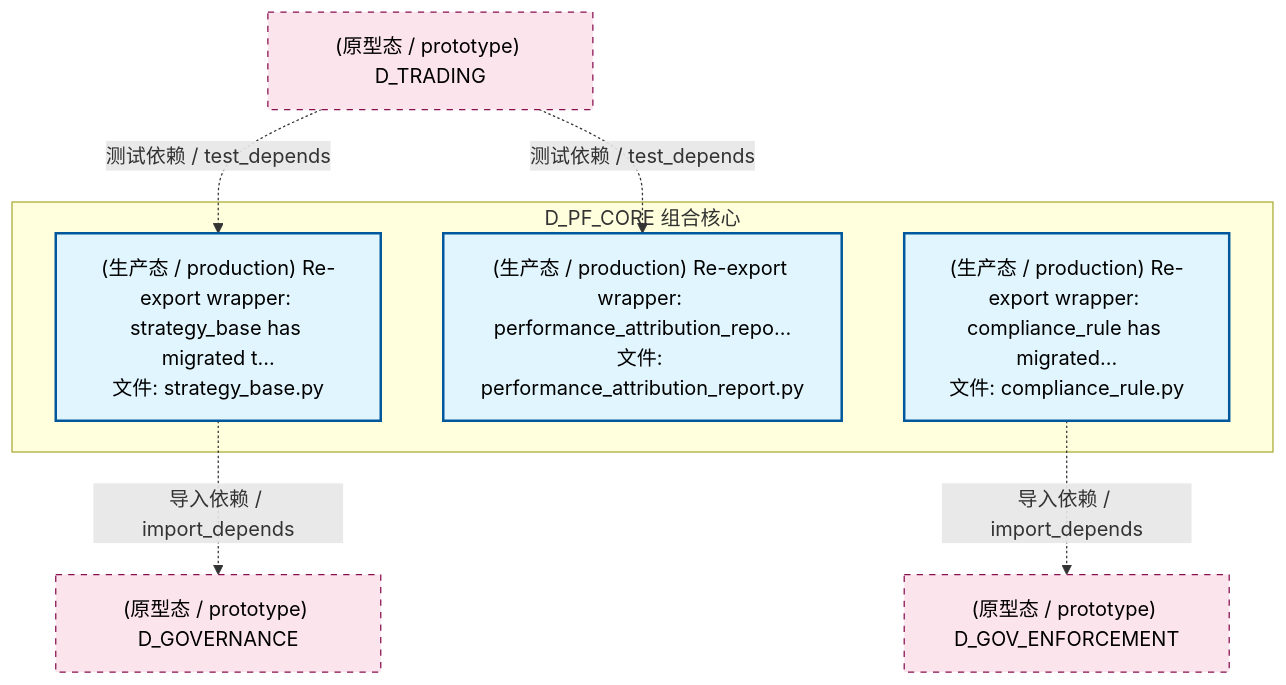
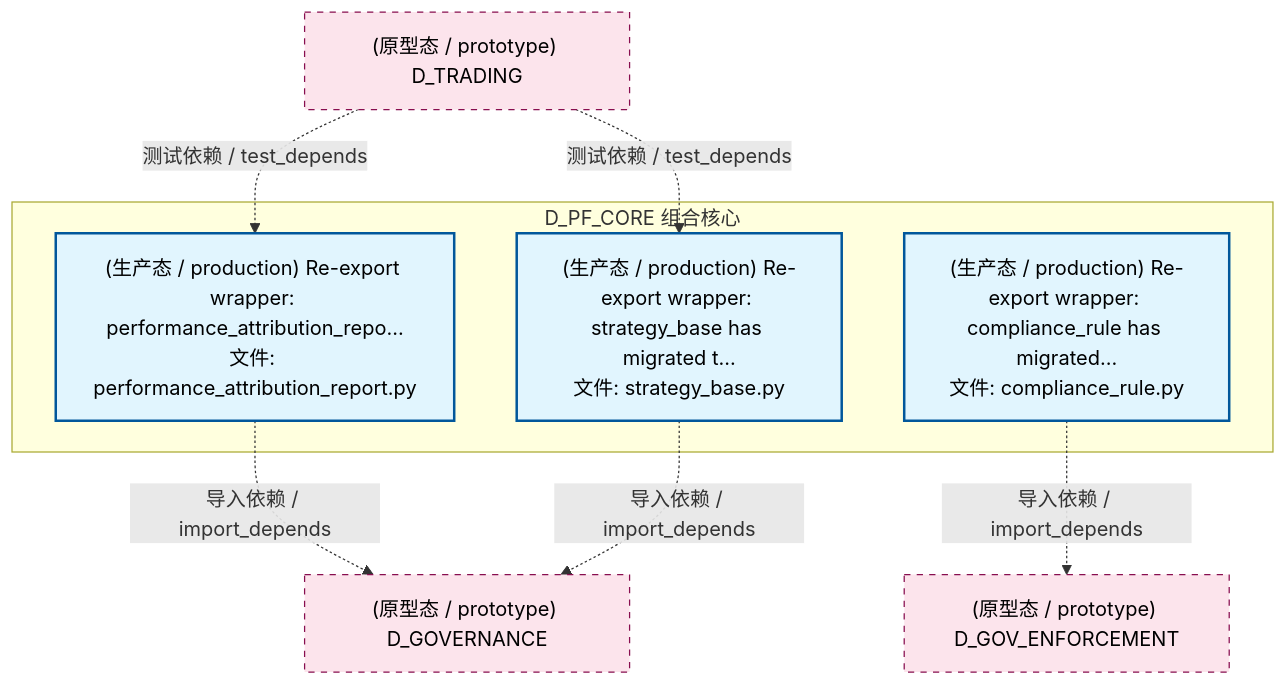
Before and after one commit to xuanFelixVan/ZephyrAlpha: the second of 4 diagrams in docs/02_enterprise_architecture/02_domain_architecture_docs/52_d_pf_core.md, drawn with Mermaid. The commit also changed other lines of this file and 126 other files, not shown here.

````diff
--- a/docs/02_enterprise_architecture/02_domain_architecture_docs/52_d_pf_core.md
+++ b/docs/02_enterprise_architecture/02_domain_architecture_docs/52_d_pf_core.md
@@ -119,21 +120,22 @@
 ```mermaid
 graph TD
     subgraph D_PF_CORE["D_PF_CORE 组合核心"]
         src_zephyr_pf_core_compliance_rule_py["(生产态 / production) Re-export wrapper: compliance_rule has migrated...<br/>文件: compliance_rule.py"]
         src_zephyr_pf_core_performance_attribution_report_py["(生产态 / production) Re-export wrapper: performance_attribution_repo...<br/>文件: performance_attribution_report.py"]
         src_zephyr_pf_core_strategy_base_py["(生产态 / production) Re-export wrapper: strategy_base has migrated t...<br/>文件: strategy_base.py"]
     end
     D_GOVERNANCE["(原型态 / prototype) D_GOVERNANCE"]
+    src_zephyr_pf_core_performance_attribution_report_py -.->|导入依赖 / import_depends| D_GOVERNANCE
     src_zephyr_pf_core_strategy_base_py -.->|导入依赖 / import_depends| D_GOVERNANCE
     D_GOV_ENFORCEMENT["(原型态 / prototype) D_GOV_ENFORCEMENT"]
     src_zephyr_pf_core_compliance_rule_py -.->|导入依赖 / import_depends| D_GOV_ENFORCEMENT
     D_TRADING["(原型态 / prototype) D_TRADING"]
     D_TRADING -.->|测试依赖 / test_depends| src_zephyr_pf_core_strategy_base_py
     D_TRADING -.->|测试依赖 / test_depends| src_zephyr_pf_core_performance_attribution_report_py
     classDef production fill:#e1f5fe,stroke:#01579b,stroke-width:2px,color:#000
     classDef design fill:#fff3e0,stroke:#e65100,stroke-width:2px,color:#000,stroke-dasharray: 5 5
     classDef external_prod fill:#e8f5e9,stroke:#1b5e20,stroke-width:1px,color:#000
     classDef external_design fill:#fce4ec,stroke:#880e4f,stroke-width:1px,color:#000,stroke-dasharray: 5 5
     class src_zephyr_pf_core_compliance_rule_py,src_zephyr_pf_core_performance_attribution_report_py,src_zephyr_pf_core_strategy_base_py production
     class D_GOVERNANCE,D_GOV_ENFORCEMENT,D_TRADING external_design
 ```
````
